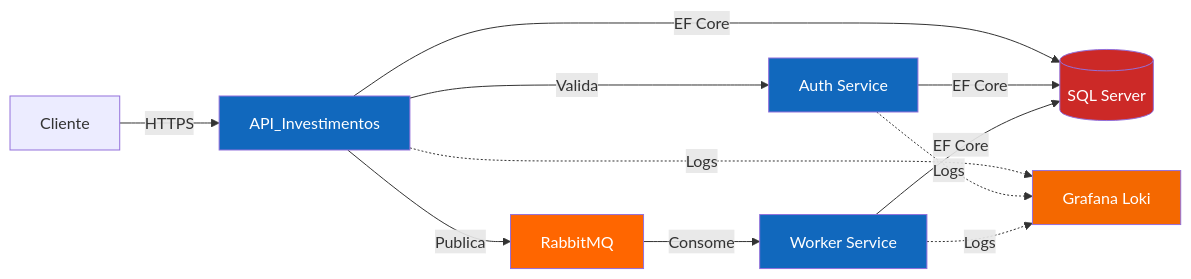
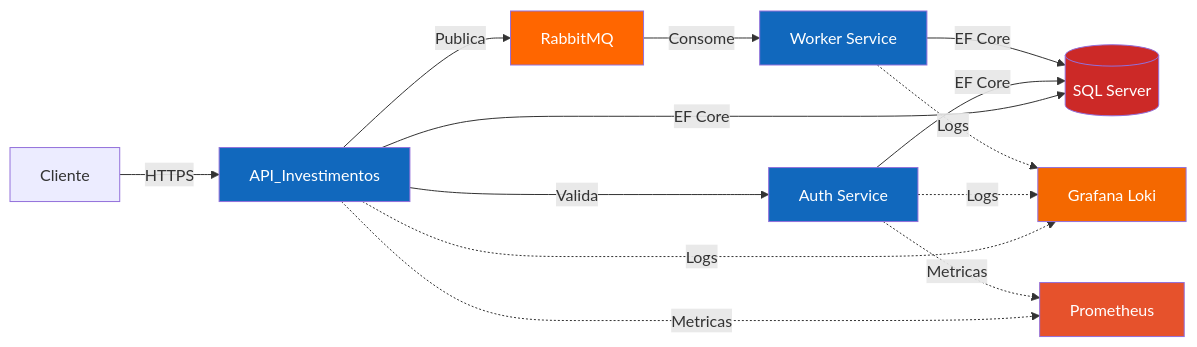
Before and after one commit to georgelucasvieira/SIINV: the diagram in README.md, drawn with Mermaid. The commit also changed other lines of this file and 13 other files, not shown here.

````diff
--- a/README.md
+++ b/README.md
@@ -33,22 +77,26 @@
 ```mermaid
 graph LR
     Client[Cliente] -->|HTTPS| API[API_Investimentos]
     API -->|Valida| Auth[Auth Service]
     API -->|Publica| RMQ[RabbitMQ]
     RMQ -->|Consome| Worker[Worker Service]
 
     API -->|EF Core| DB[(SQL Server)]
     Auth -->|EF Core| DB
     Worker -->|EF Core| DB
 
     API -.->|Logs| Loki[Grafana Loki]
     Auth -.->|Logs| Loki
     Worker -.->|Logs| Loki
 
+    API -.->|Metricas| Prom[Prometheus]
+    Auth -.->|Metricas| Prom
+
     style API fill:#1168bd,color:#fff
     style Auth fill:#1168bd,color:#fff
     style Worker fill:#1168bd,color:#fff
     style DB fill:#cc2927,color:#fff
     style RMQ fill:#ff6600,color:#fff
     style Loki fill:#f46800,color:#fff
+    style Prom fill:#e6522c,color:#fff
 ```
````
